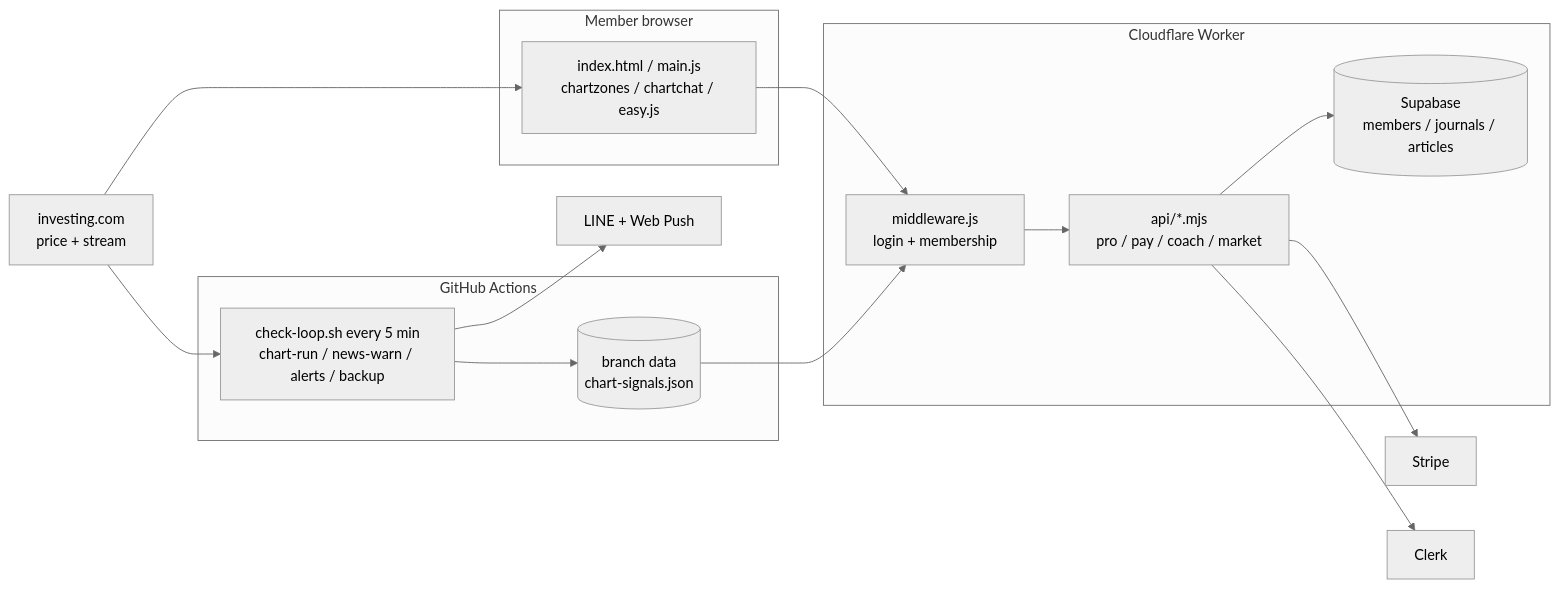
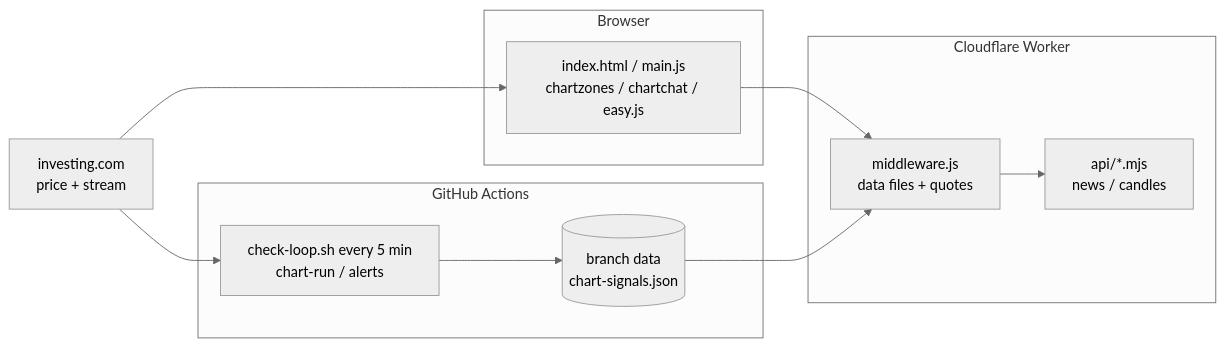
The diagram in README.md (tanakrthum254614-max/gold-signal), drawn with Mermaid (neutral theme) before and after one commit. The commit also changed other lines of this file and 8 other files, not shown here.

Commit message:
Docs: Skill.md + README for the public site (no LINE / members)

````diff
--- a/README.md
+++ b/README.md
@@ -59,26 +44,21 @@
 ```mermaid
 flowchart LR
   INV["investing.com<br/>price + stream"]
-  subgraph B["Member browser"]
+  subgraph B["Browser"]
     UI["index.html / main.js<br/>chartzones / chartchat / easy.js"]
   end
   subgraph V["Cloudflare Worker"]
-    MW["middleware.js<br/>login + membership"]
-    API["api/*.mjs<br/>pro / pay / coach / market"]
-    BLOB[("Supabase<br/>members / journals / articles")]
+    MW["middleware.js<br/>data files + quotes"]
+    API["api/*.mjs<br/>news / candles"]
   end
   subgraph G["GitHub Actions"]
-    LOOP["check-loop.sh every 5 min<br/>chart-run / news-warn / alerts / backup"]
+    LOOP["check-loop.sh every 5 min<br/>chart-run / alerts"]
     DATA[("branch data<br/>chart-signals.json")]
   end
   INV --> UI
   INV --> LOOP
   UI --> MW
   MW --> API
-  API --> BLOB
   LOOP --> DATA
   DATA --> MW
-  LOOP --> LINE["LINE + Web Push"]
-  API --> STRIPE["Stripe"]
-  API --> CLERK["Clerk"]
 ```
````
